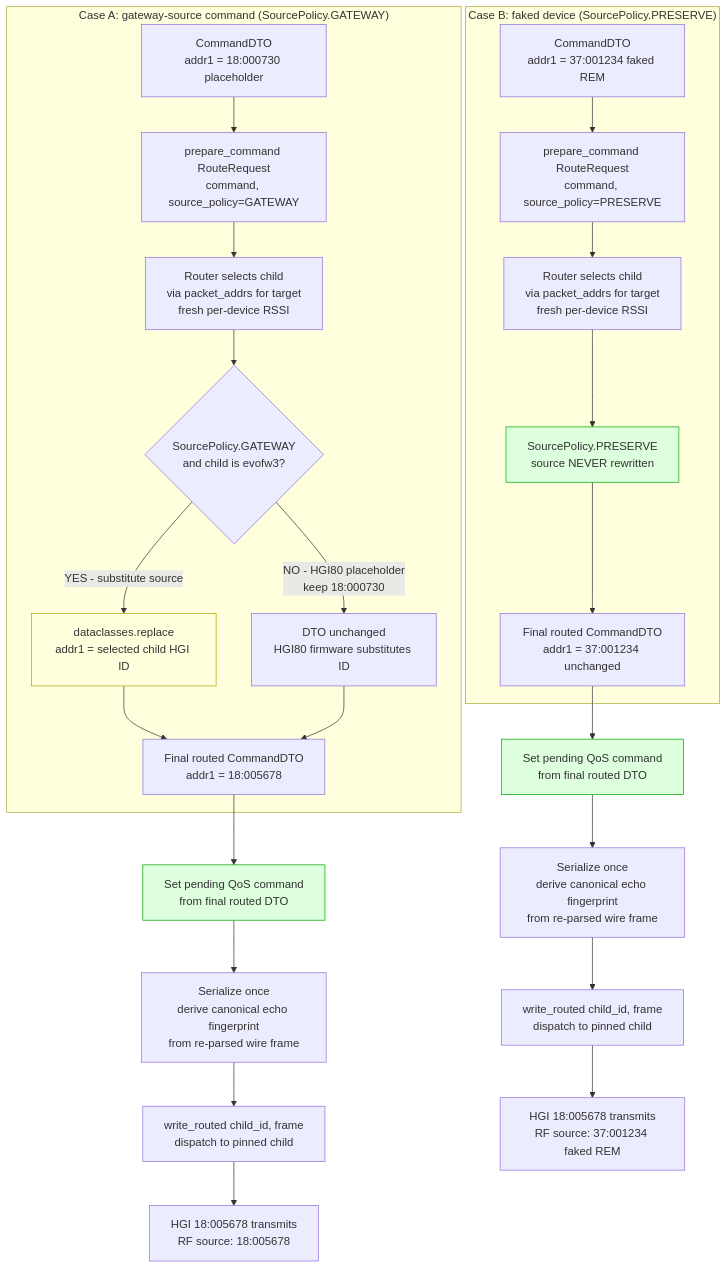
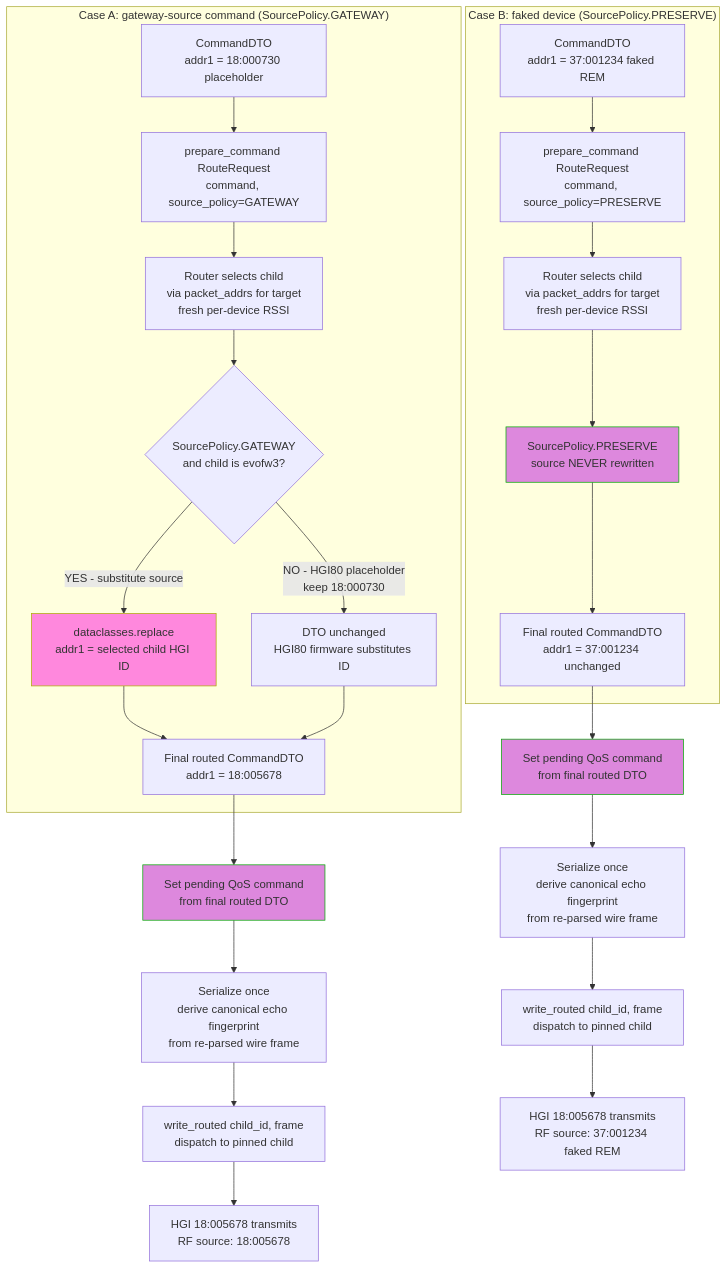
Before and after one commit to silverailscolo/ramses_cc: the diagram in docs/diagrams/02_outbound_rssi_routing.md, drawn with Mermaid. The commit also changed 6 other files, not shown here.

First line of the commit message:
docs: improve diagram color contrast, fix dedup key and puzzle code

````diff
--- a/docs/diagrams/02_outbound_rssi_routing.md
+++ b/docs/diagrams/02_outbound_rssi_routing.md
@@ -6,38 +6,38 @@
 ```mermaid
 flowchart TD
     subgraph CaseA["Case A: gateway-source command (SourcePolicy.GATEWAY)"]
         Cmd1["CommandDTO<br/>addr1 = 18:000730 placeholder"]
         Cmd1 --> Prep1["prepare_command RouteRequest<br/>command, source_policy=GATEWAY"]
         Prep1 --> Route1["Router selects child<br/>via packet_addrs for target<br/>fresh per-device RSSI"]
         Route1 --> Sub1{"SourcePolicy.GATEWAY<br/>and child is evofw3?"}
         Sub1 -->|"YES - substitute source"| Replace1["dataclasses.replace<br/>addr1 = selected child HGI ID"]
         Sub1 -->|"NO - HGI80 placeholder<br/>keep 18:000730"| Keep1["DTO unchanged<br/>HGI80 firmware substitutes ID"]
         Replace1 --> Final1["Final routed CommandDTO<br/>addr1 = 18:005678"]
         Keep1 --> Final1
     end
 
     subgraph CaseB["Case B: faked device (SourcePolicy.PRESERVE)"]
         Cmd2["CommandDTO<br/>addr1 = 37:001234 faked REM"]
         Cmd2 --> Prep2["prepare_command RouteRequest<br/>command, source_policy=PRESERVE"]
         Prep2 --> Route2["Router selects child<br/>via packet_addrs for target<br/>fresh per-device RSSI"]
         Route2 --> NoSub["SourcePolicy.PRESERVE<br/>source NEVER rewritten"]
         NoSub --> Final2["Final routed CommandDTO<br/>addr1 = 37:001234 unchanged"]
     end
 
     Final1 --> QoS1["Set pending QoS command<br/>from final routed DTO"]
     Final2 --> QoS2["Set pending QoS command<br/>from final routed DTO"]
 
     QoS1 --> Serial1["Serialize once<br/>derive canonical echo fingerprint<br/>from re-parsed wire frame"]
     QoS2 --> Serial2["Serialize once<br/>derive canonical echo fingerprint<br/>from re-parsed wire frame"]
 
     Serial1 --> Write1["write_routed child_id, frame<br/>dispatch to pinned child"]
     Serial2 --> Write2["write_routed child_id, frame<br/>dispatch to pinned child"]
 
     Write1 --> HGI1["HGI 18:005678 transmits<br/>RF source: 18:005678"]
     Write2 --> HGI2["HGI 18:005678 transmits<br/>RF source: 37:001234 faked REM"]
 
-    style Replace1 fill:#ffd,stroke:#aa0
-    style NoSub fill:#dfd,stroke:#0a0
-    style QoS1 fill:#dfd,stroke:#0a0
-    style QoS2 fill:#dfd,stroke:#0a0
+    style Replace1 fill:#f8d,stroke:#aa0
+    style NoSub fill:#d8d,stroke:#0a0
+    style QoS1 fill:#d8d,stroke:#0a0
+    style QoS2 fill:#d8d,stroke:#0a0
 ```
````
